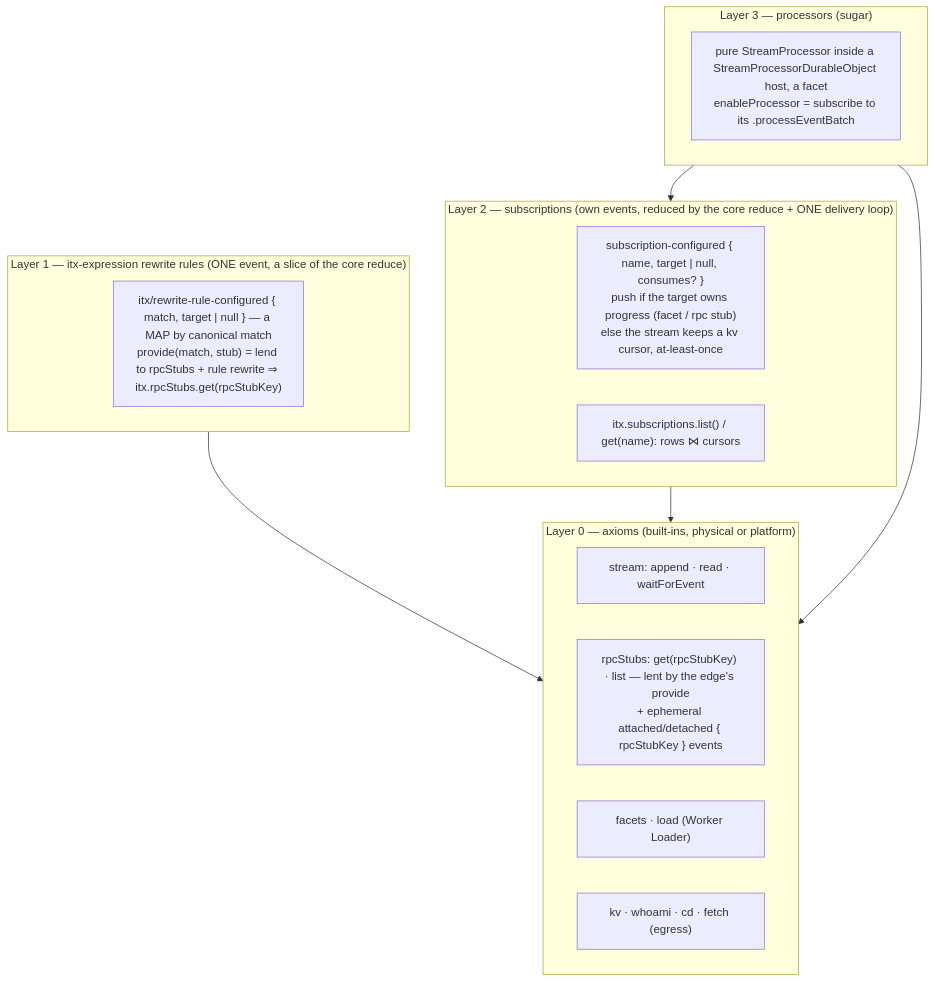
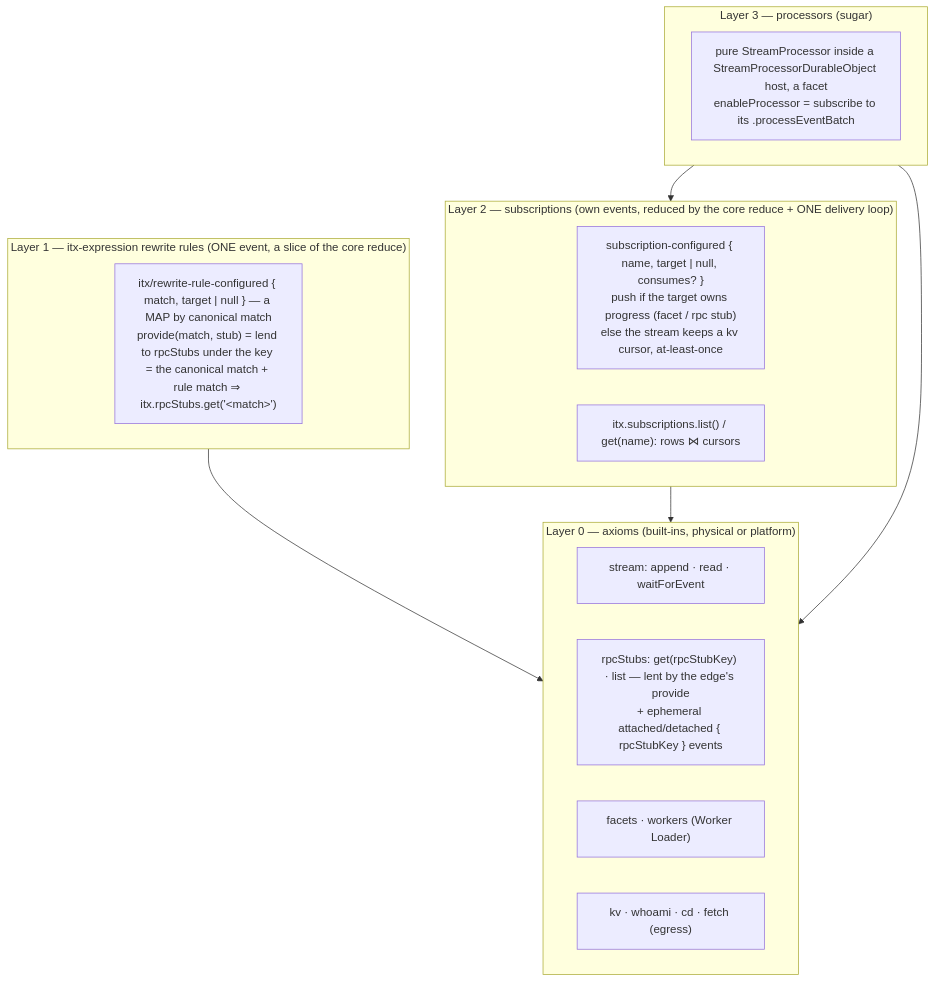
One commit to iterate/iterate changed the diagram in packages/v3/project-worker/docs/design-onion-subscriptions-processors.md. Above: the diagram before and after it, drawn with Mermaid. The commit also changed other lines of this file and 50 other files, not shown here.

````diff
--- a/packages/v3/project-worker/docs/design-onion-subscriptions-processors.md
+++ b/packages/v3/project-worker/docs/design-onion-subscriptions-processors.md
@@ -45,23 +47,23 @@
 ```mermaid
 flowchart TB
   subgraph L0["Layer 0 — axioms (built-ins, physical or platform)"]
     stream["stream: append · read · waitForEvent"]
     stubs["rpcStubs: get(rpcStubKey) · list — lent by the edge's provide<br/>+ ephemeral attached/detached { rpcStubKey } events"]
-    facets["facets · load (Worker Loader)"]
+    facets["facets · workers (Worker Loader)"]
     misc["kv · whoami · cd · fetch (egress)"]
   end
   subgraph L1["Layer 1 — itx-expression rewrite rules (ONE event, a slice of the core reduce)"]
-    rule["itx/rewrite-rule-configured { match, target | null } — a MAP by canonical match<br/>provide(match, stub) = lend to rpcStubs + rule rewrite ⇒ itx.rpcStubs.get(rpcStubKey)"]
+    rule["itx/rewrite-rule-configured { match, target | null } — a MAP by canonical match<br/>provide(match, stub) = lend to rpcStubs under the key = the canonical match + rule match ⇒ itx.rpcStubs.get('&lt;match&gt;')"]
   end
   subgraph L2["Layer 2 — subscriptions (own events, reduced by the core reduce + ONE delivery loop)"]
     sub["subscription-configured { name, target | null, consumes? }<br/>push if the target owns progress (facet / rpc stub)<br/>else the stream keeps a kv cursor, at-least-once"]
     view["itx.subscriptions.list() / get(name): rows ⋈ cursors"]
   end
   subgraph L3["Layer 3 — processors (sugar)"]
     proc["pure StreamProcessor inside a StreamProcessorDurableObject host, a facet<br/>enableProcessor = subscribe to its .processEventBatch"]
   end
   L1 --> L0
   L2 --> L0
   L3 --> L2
   L3 --> L0
 ```
````
